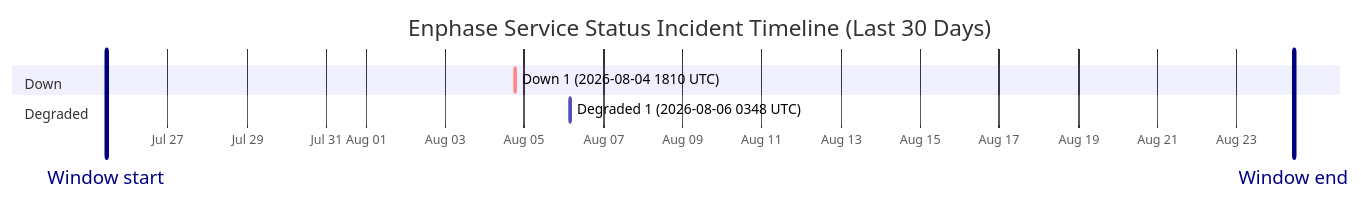
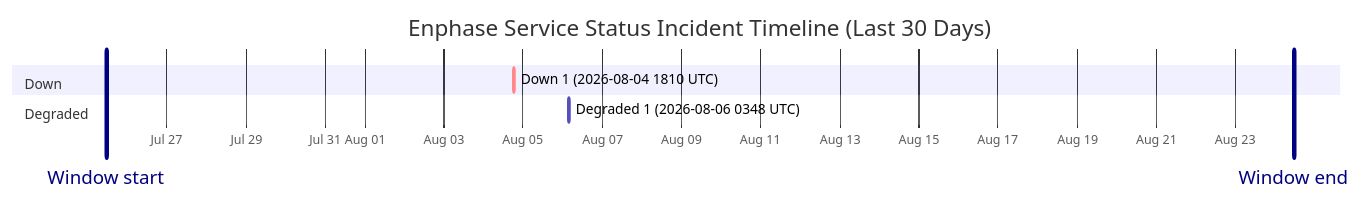
One commit to barneyonline/ha-enphase-energy changed the diagram in wiki/Service-Status-History.md. Above: the diagram before and after it, drawn with Mermaid. The commit also changed other lines of this file and 3 other files, not shown here.

````diff
--- a/wiki/Service-Status-History.md
+++ b/wiki/Service-Status-History.md
@@ -14,12 +14,12 @@
 ```mermaid
 gantt
     title Enphase Service Status Incident Timeline (Last 30 Days)
     dateFormat  YYYY-MM-DDTHH:mm:ss
     axisFormat  %b %d
-    Window start :vert, window-start, 2026-07-25T10:34:58, 0ms
-    Window end :vert, window-end, 2026-08-24T10:34:58, 0ms
+    Window start :vert, window-start, 2026-07-25T11:25:38, 0ms
+    Window end :vert, window-end, 2026-08-24T11:25:38, 0ms
     section Down
     Down 1 (2026-08-04 1810 UTC) :crit, down-1, 2026-08-04T18:10:46, 60m
     section Degraded
     Degraded 1 (2026-08-06 0348 UTC) :active, degraded-1, 2026-08-06T03:48:14, 60m
 ```
````
